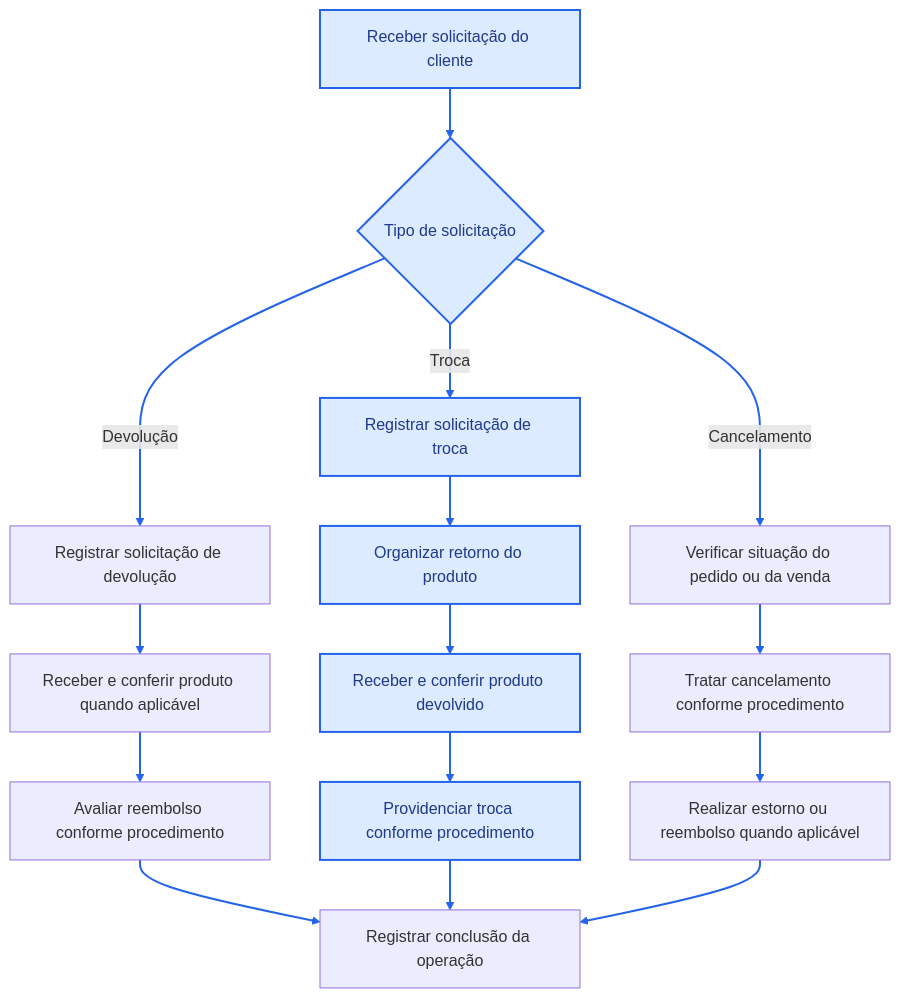
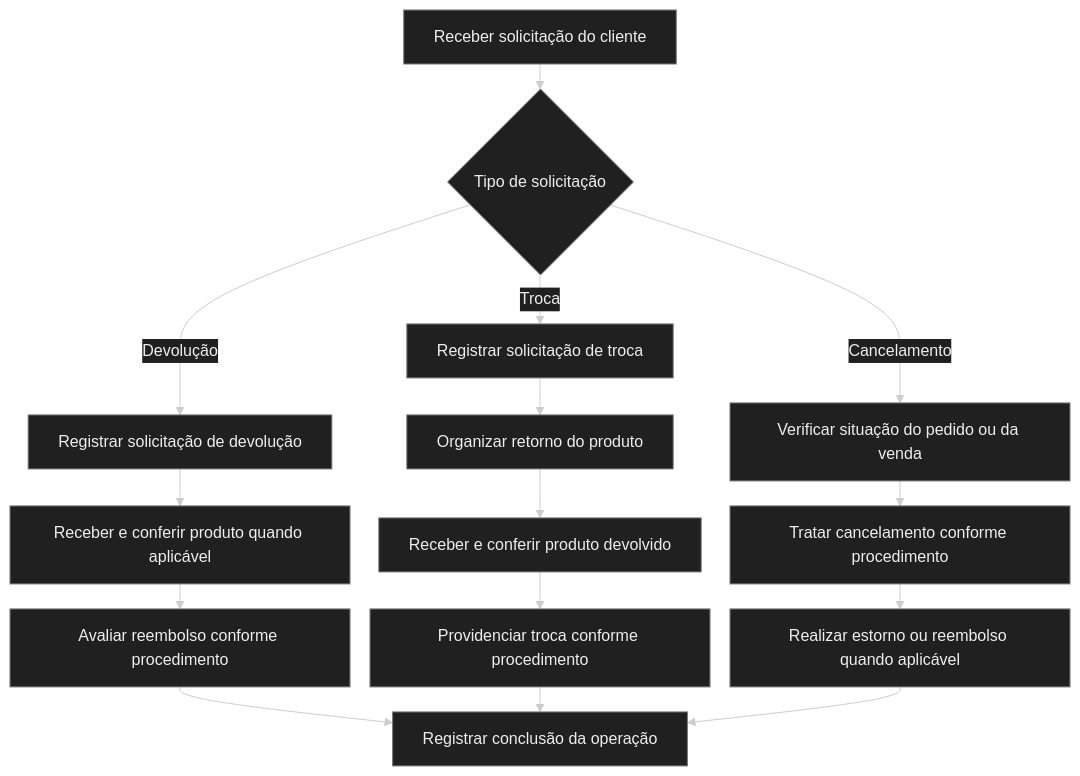
The seventh of 16 diagrams in README.md (SamanthaPaula/Modelagem_BD_Ansarah), drawn with Mermaid before and after one commit. The commit also changed other lines of this file, not shown here.

````diff
--- a/README.md
+++ b/README.md
@@ -235,21 +230,20 @@
 ```mermaid
+%%{init: {"theme": "base", "themeVariables": {"background": "#0d1117", "primaryColor": "#202020", "primaryTextColor": "#eeeeee", "primaryBorderColor": "#777777", "lineColor": "#cccccc", "fontFamily": "Arial", "fontSize": "16px"}, "flowchart": {"useMaxWidth": true, "nodeSpacing": 20, "rankSpacing": 25, "wrappingWidth": 280}}}%%
 flowchart TD
     A["Receber solicitação do cliente"] --> B{"Tipo de solicitação"}
     B -- "Troca" --> C["Registrar solicitação de troca"]
     C --> D["Organizar retorno do produto"]
     D --> E["Receber e conferir produto devolvido"]
     E --> F["Providenciar troca conforme procedimento"]
     B -- "Devolução" --> G["Registrar solicitação de devolução"]
     G --> H["Receber e conferir produto quando aplicável"]
     H --> I["Avaliar reembolso conforme procedimento"]
     B -- "Cancelamento" --> J["Verificar situação do pedido ou da venda"]
     J --> K["Tratar cancelamento conforme procedimento"]
     I --> L["Registrar conclusão da operação"]
     F --> L
     K --> M["Realizar estorno ou reembolso quando aplicável"]
     M --> L
 
-    classDef azul fill:#DCEBFF,stroke:#2563EB,color:#1E3A8A,stroke-width:2px
-    class A,B,C,D,E,F azul
-    linkStyle default stroke:#2563EB,stroke-width:2px
+
 ```
````
